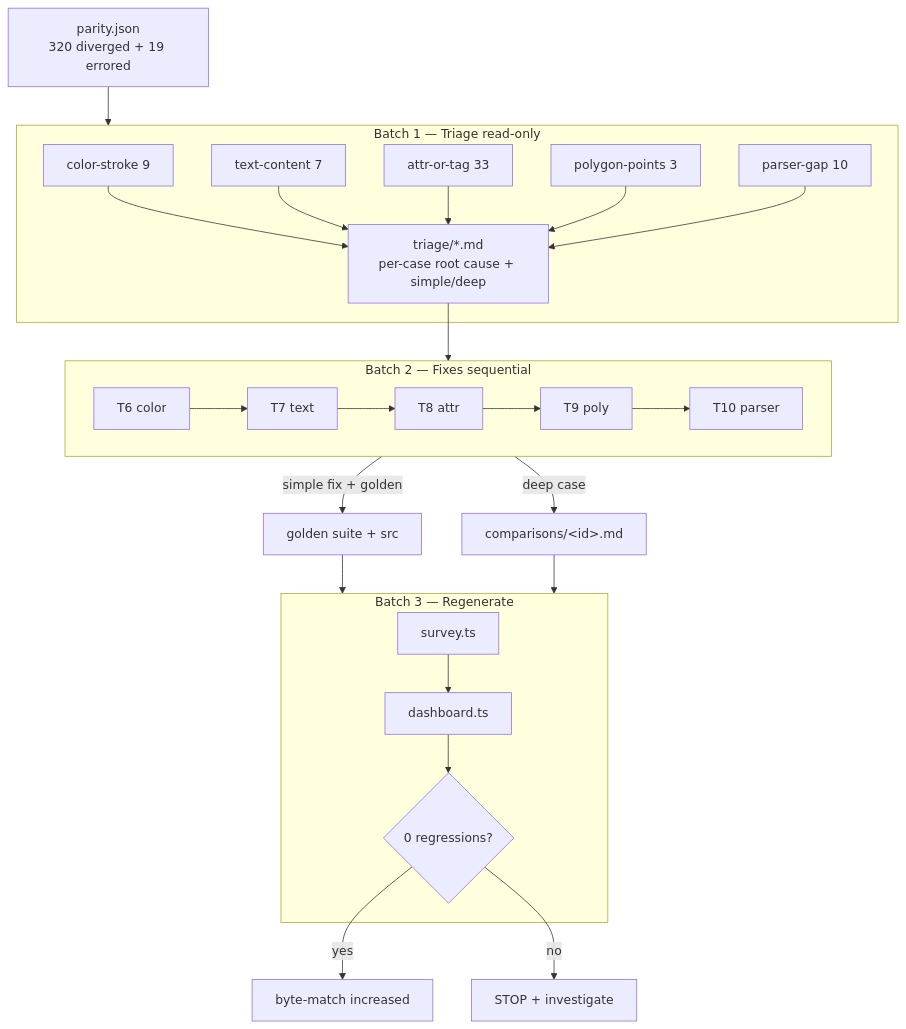
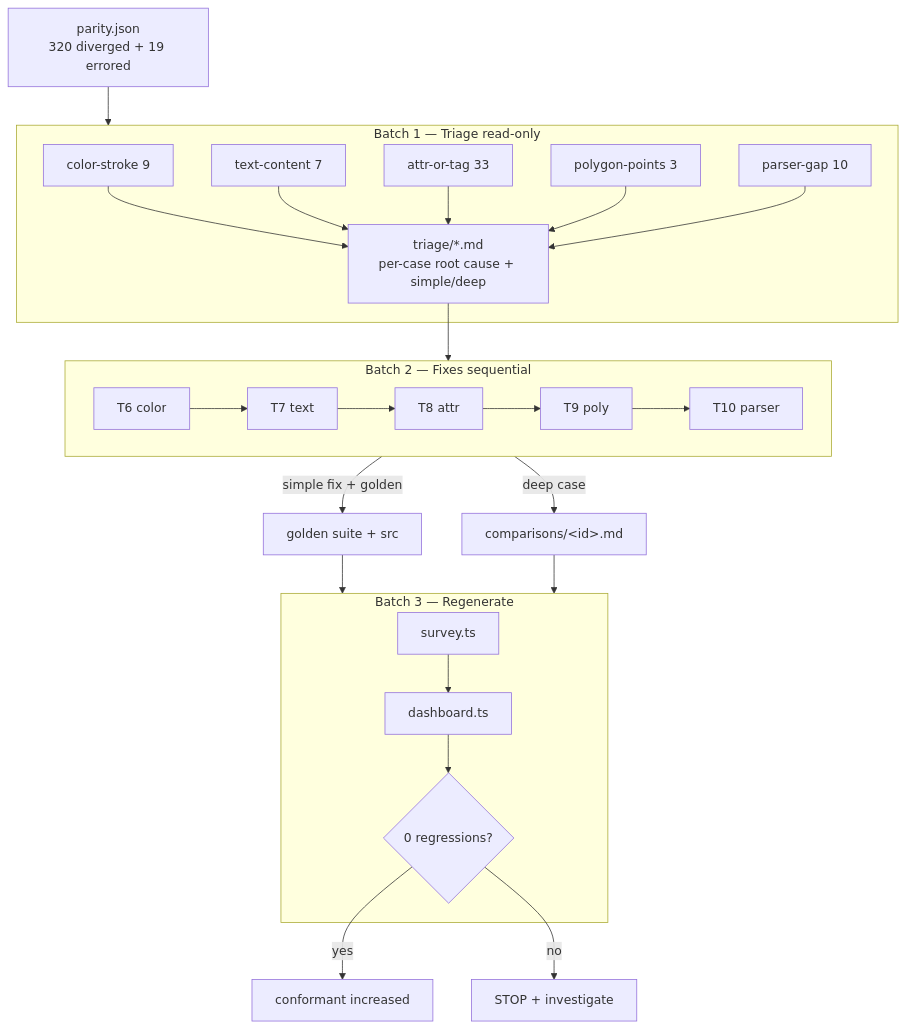
One commit to sseely/graphviz-ts changed the first of 2 diagrams in plans/parity-low-hanging-fruit/diagrams/data-flow.md. Above: the diagram before and after it, drawn with Mermaid. The commit also changed 592 other files, not shown here.

````diff
--- a/plans/parity-low-hanging-fruit/diagrams/data-flow.md
+++ b/plans/parity-low-hanging-fruit/diagrams/data-flow.md
@@ -3,24 +3,24 @@
 ```mermaid
 flowchart TD
   P[parity.json<br/>320 diverged + 19 errored] --> B1
   subgraph B1[Batch 1 — Triage read-only]
     T1[color-stroke 9] --> D1[triage/*.md<br/>per-case root cause + simple/deep]
     T2[text-content 7] --> D1
     T3[attr-or-tag 33] --> D1
     T4[polygon-points 3] --> D1
     T5[parser-gap 10] --> D1
   end
   D1 --> B2
   subgraph B2[Batch 2 — Fixes sequential]
     F6[T6 color] --> F7[T7 text] --> F8[T8 attr] --> F9[T9 poly] --> F10[T10 parser]
   end
   B2 -->|simple fix + golden| G[golden suite + src]
   B2 -->|deep case| C[comparisons/&lt;id&gt;.md]
   G --> B3
   C --> B3
   subgraph B3[Batch 3 — Regenerate]
     S[survey.ts] --> DB[dashboard.ts] --> R{0 regressions?}
   end
-  R -->|yes| DONE[byte-match increased]
+  R -->|yes| DONE[conformant increased]
   R -->|no| STOP[STOP + investigate]
 ```
````
